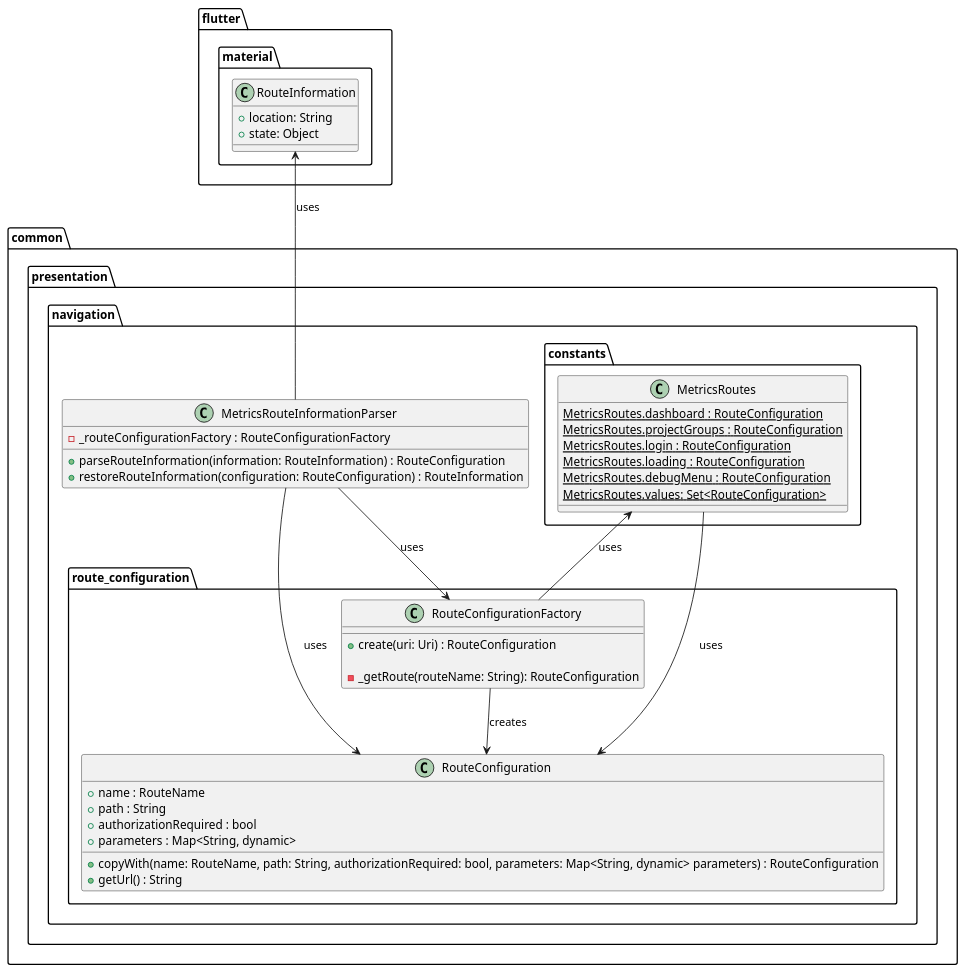
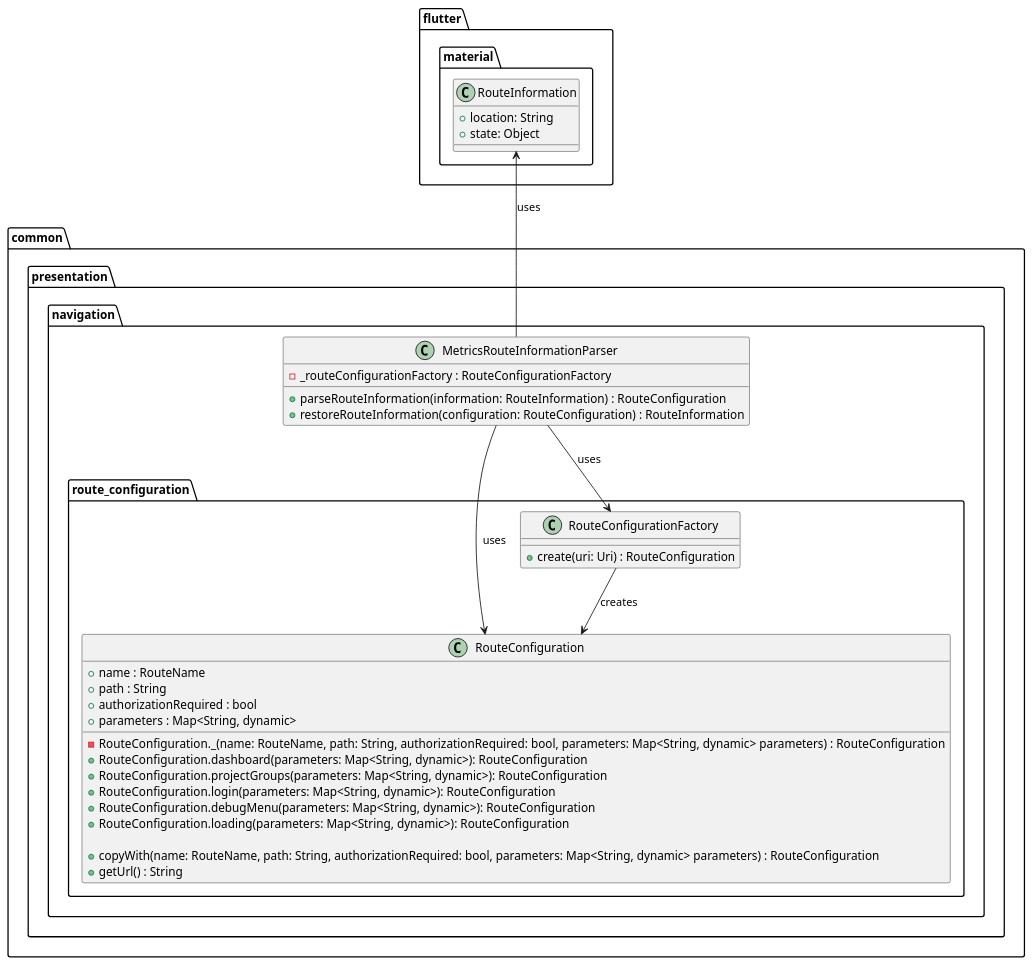
Before and after one commit to Flank/flank-dashboard: the diagram in metrics/web/docs/features/deep_links/diagrams/parsing_deep_links_class_diagram.puml, drawn with PlantUML. The commit also changed 1 other file, not shown here.

Commit message:
Add RouteConfiguration named constructors

```diff
--- a/metrics/web/docs/features/deep_links/diagrams/parsing_deep_links_class_diagram.puml
+++ b/metrics/web/docs/features/deep_links/diagrams/parsing_deep_links_class_diagram.puml
@@ -1,57 +1,48 @@
 @startuml parsing_deep_links_class_diagram
 
 package common.presentation.navigation {
     class MetricsRouteInformationParser {
         - _routeConfigurationFactory : RouteConfigurationFactory
 
         + parseRouteInformation(information: RouteInformation) : RouteConfiguration
         + restoreRouteInformation(configuration: RouteConfiguration) : RouteInformation
     }
 
     package route_configuration {
         class RouteConfiguration {
             + name : RouteName
             + path : String
             + authorizationRequired : bool
             + parameters : Map<String, dynamic>
 
+            - RouteConfiguration._(name: RouteName, path: String, authorizationRequired: bool, parameters: Map<String, dynamic> parameters) : RouteConfiguration
+            + RouteConfiguration.dashboard(parameters: Map<String, dynamic>): RouteConfiguration
+            + RouteConfiguration.projectGroups(parameters: Map<String, dynamic>): RouteConfiguration
+            + RouteConfiguration.login(parameters: Map<String, dynamic>): RouteConfiguration
+            + RouteConfiguration.debugMenu(parameters: Map<String, dynamic>): RouteConfiguration
+            + RouteConfiguration.loading(parameters: Map<String, dynamic>): RouteConfiguration
+
             + copyWith(name: RouteName, path: String, authorizationRequired: bool, parameters: Map<String, dynamic> parameters) : RouteConfiguration
             + getUrl() : String
         }
 
         class RouteConfigurationFactory {
             + create(uri: Uri) : RouteConfiguration
-
-            - _getRoute(routeName: String): RouteConfiguration
-        }
-    }
-
-    package constants {
-        class MetricsRoutes {
-            {static} MetricsRoutes.dashboard : RouteConfiguration
-            {static} MetricsRoutes.projectGroups : RouteConfiguration
-            {static} MetricsRoutes.login : RouteConfiguration
-            {static} MetricsRoutes.loading : RouteConfiguration
-            {static} MetricsRoutes.debugMenu : RouteConfiguration
-            {static} MetricsRoutes.values: Set<RouteConfiguration>
         }
     }
 }
 
 package flutter.material {
     class RouteInformation {
         + location: String
         + state: Object
     }
 }
 
 MetricsRouteInformationParser --> RouteConfiguration : uses
 MetricsRouteInformationParser -up-> RouteInformation : uses
 MetricsRouteInformationParser --> RouteConfigurationFactory : uses
 
 RouteConfigurationFactory --> RouteConfiguration : creates
-RouteConfigurationFactory -up-> MetricsRoutes : uses
-
-MetricsRoutes --> RouteConfiguration : uses
 
 @enduml
```
